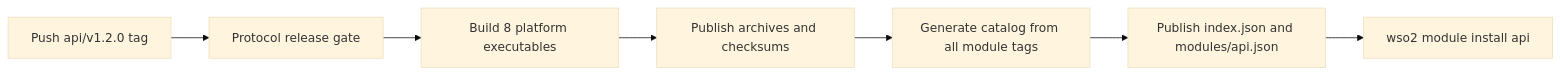
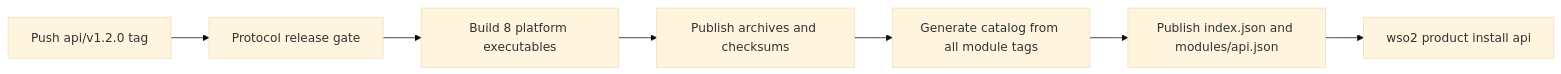
The third of 3 diagrams in docs/guides/building-product-modules.md (kanushka/wso2-cli), drawn with Mermaid (base theme) before and after one commit. The commit also changed other lines of this file and 23 other files, not shown here.

````diff
--- a/docs/guides/building-product-modules.md
+++ b/docs/guides/building-product-modules.md
@@ -481,9 +481,9 @@
 ```mermaid
 flowchart LR
     T["Push api/v1.2.0 tag"] --> G["Protocol release gate"]
     G --> B["Build 8 platform executables"]
     B --> R["Publish archives and checksums"]
     R --> C["Generate catalog from all module tags"]
     C --> P["Publish index.json and modules/api.json"]
-    P --> I["wso2 module install api"]
+    P --> I["wso2 product install api"]
 ```
````
